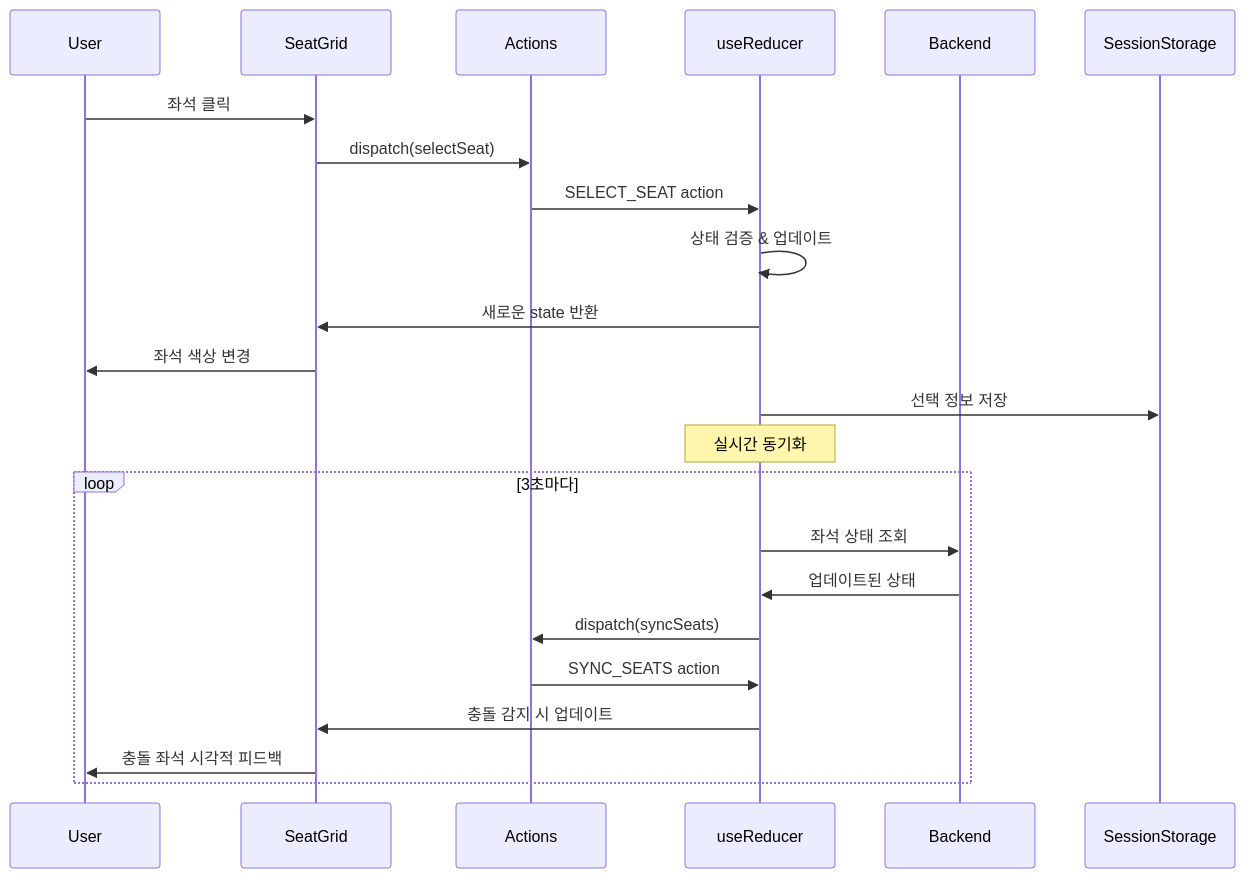
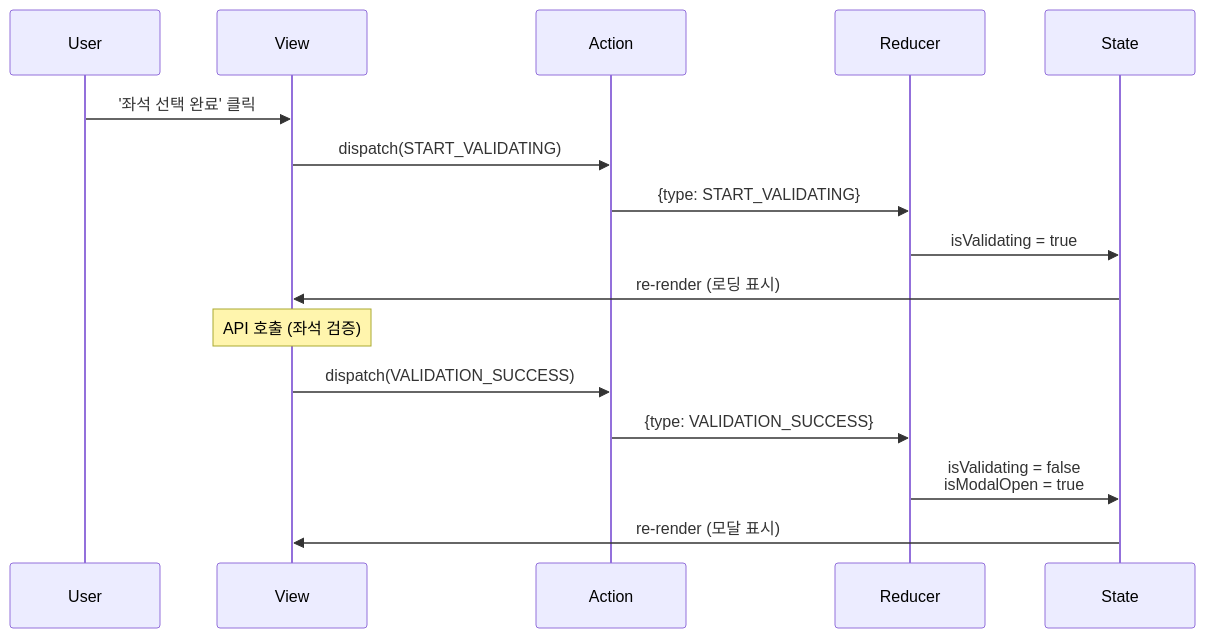
Before and after one commit to makerjkk/vmc-3-ticket-booking: the second of 6 diagrams in docs/state-management.md, drawn with Mermaid. The commit also changed other lines of this file and 33 other files, not shown here.

Commit message:
유저플로우 #5: 예약 페이지 - 예약 완료 처리 완료

````diff
--- a/docs/state-management.md
+++ b/docs/state-management.md
@@ -185,27 +243,21 @@
 ```mermaid
 sequenceDiagram
     participant User
-    participant View as SeatGrid
-    participant Action as Actions
-    participant Store as useReducer
-    participant API as Backend
-    participant Session as SessionStorage
+    participant View
+    participant Action
+    participant Reducer
+    participant State
     
-    User->>View: 좌석 클릭
-    View->>Action: dispatch(selectSeat)
-    Action->>Store: SELECT_SEAT action
-    Store->>Store: 상태 검증 & 업데이트
-    Store->>View: 새로운 state 반환
-    View->>User: 좌석 색상 변경
-    Store->>Session: 선택 정보 저장
+    User->>View: '좌석 선택 완료' 클릭
+    View->>Action: dispatch(START_VALIDATING)
+    Action->>Reducer: {type: START_VALIDATING}
+    Reducer->>State: isValidating = true
+    State->>View: re-render (로딩 표시)
     
-    Note over Store: 실시간 동기화
-    loop 3초마다
-        Store->>API: 좌석 상태 조회
-        API->>Store: 업데이트된 상태
-        Store->>Action: dispatch(syncSeats)
-        Action->>Store: SYNC_SEATS action
-        Store->>View: 충돌 감지 시 업데이트
-        View->>User: 충돌 좌석 시각적 피드백
-    end
+    Note over View: API 호출 (좌석 검증)
+    
+    View->>Action: dispatch(VALIDATION_SUCCESS)
+    Action->>Reducer: {type: VALIDATION_SUCCESS}
+    Reducer->>State: isValidating = false<br/>isModalOpen = true
+    State->>View: re-render (모달 표시)
 ```
````
